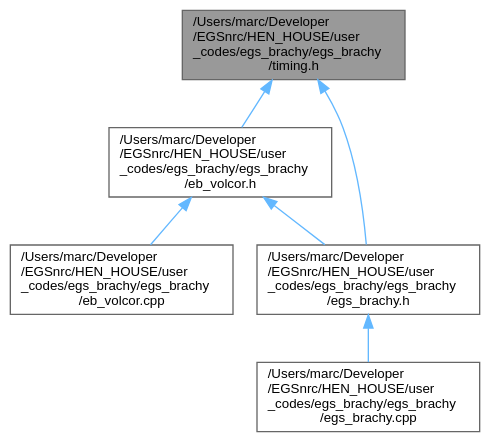
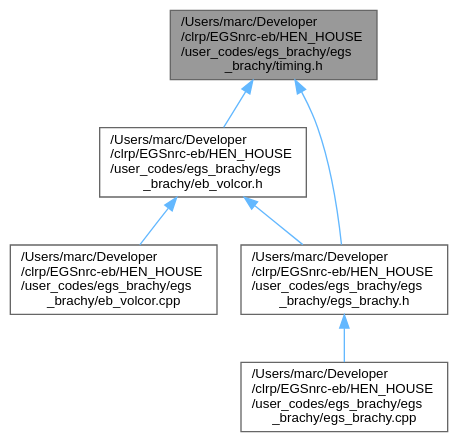
The diagram in docs/timing_8h__dep__incl.dot (clrp-code/egs_brachy), drawn with Graphviz before and after one commit. The commit also changed 1055 other files, not shown here.

```diff
--- a/docs/timing_8h__dep__incl.dot
+++ b/docs/timing_8h__dep__incl.dot
@@ -1,17 +1,17 @@
-digraph "/Users/marc/Developer/EGSnrc/HEN_HOUSE/user_codes/egs_brachy/egs_brachy/timing.h"
+digraph "/Users/marc/Developer/clrp/EGSnrc-eb/HEN_HOUSE/user_codes/egs_brachy/egs_brachy/timing.h"
 {
  // LATEX_PDF_SIZE
   bgcolor="transparent";
   edge [fontname=Helvetica,fontsize=10,labelfontname=Helvetica,labelfontsize=10];
   node [fontname=Helvetica,fontsize=10,shape=box,height=0.2,width=0.4];
-  Node1 [id="Node000001",label="/Users/marc/Developer\l/EGSnrc/HEN_HOUSE/user\l_codes/egs_brachy/egs_brachy\l/timing.h",height=0.2,width=0.4,color="gray40", fillcolor="grey60", style="filled", fontcolor="black",tooltip=" "];
+  Node1 [id="Node000001",label="/Users/marc/Developer\l/clrp/EGSnrc-eb/HEN_HOUSE\l/user_codes/egs_brachy/egs\l_brachy/timing.h",height=0.2,width=0.4,color="gray40", fillcolor="grey60", style="filled", fontcolor="black",tooltip=" "];
   Node1 -> Node2 [id="edge1_Node000001_Node000002",dir="back",color="steelblue1",style="solid",tooltip=" "];
-  Node2 [id="Node000002",label="/Users/marc/Developer\l/EGSnrc/HEN_HOUSE/user\l_codes/egs_brachy/egs_brachy\l/eb_volcor.h",height=0.2,width=0.4,color="grey40", fillcolor="white", style="filled",URL="$eb__volcor_8h.html",tooltip="Volume correction routines for egs_brachy."];
+  Node2 [id="Node000002",label="/Users/marc/Developer\l/clrp/EGSnrc-eb/HEN_HOUSE\l/user_codes/egs_brachy/egs\l_brachy/eb_volcor.h",height=0.2,width=0.4,color="grey40", fillcolor="white", style="filled",URL="$eb__volcor_8h.html",tooltip="Volume correction routines for egs_brachy."];
   Node2 -> Node3 [id="edge2_Node000002_Node000003",dir="back",color="steelblue1",style="solid",tooltip=" "];
-  Node3 [id="Node000003",label="/Users/marc/Developer\l/EGSnrc/HEN_HOUSE/user\l_codes/egs_brachy/egs_brachy\l/eb_volcor.cpp",height=0.2,width=0.4,color="grey40", fillcolor="white", style="filled",URL="$eb__volcor_8cpp.html",tooltip="Main implementation of volume correction routines."];
+  Node3 [id="Node000003",label="/Users/marc/Developer\l/clrp/EGSnrc-eb/HEN_HOUSE\l/user_codes/egs_brachy/egs\l_brachy/eb_volcor.cpp",height=0.2,width=0.4,color="grey40", fillcolor="white", style="filled",URL="$eb__volcor_8cpp.html",tooltip="Main implementation of volume correction routines."];
   Node2 -> Node4 [id="edge3_Node000002_Node000004",dir="back",color="steelblue1",style="solid",tooltip=" "];
-  Node4 [id="Node000004",label="/Users/marc/Developer\l/EGSnrc/HEN_HOUSE/user\l_codes/egs_brachy/egs_brachy\l/egs_brachy.h",height=0.2,width=0.4,color="grey40", fillcolor="white", style="filled",URL="$egs__brachy_8h.html",tooltip="the main egs_brachy application header file"];
+  Node4 [id="Node000004",label="/Users/marc/Developer\l/clrp/EGSnrc-eb/HEN_HOUSE\l/user_codes/egs_brachy/egs\l_brachy/egs_brachy.h",height=0.2,width=0.4,color="grey40", fillcolor="white", style="filled",URL="$egs__brachy_8h.html",tooltip="the main egs_brachy application header file"];
   Node4 -> Node5 [id="edge4_Node000004_Node000005",dir="back",color="steelblue1",style="solid",tooltip=" "];
-  Node5 [id="Node000005",label="/Users/marc/Developer\l/EGSnrc/HEN_HOUSE/user\l_codes/egs_brachy/egs_brachy\l/egs_brachy.cpp",height=0.2,width=0.4,color="grey40", fillcolor="white", style="filled",URL="$egs__brachy_8cpp.html",tooltip="the main egs_brachy application implementation file"];
+  Node5 [id="Node000005",label="/Users/marc/Developer\l/clrp/EGSnrc-eb/HEN_HOUSE\l/user_codes/egs_brachy/egs\l_brachy/egs_brachy.cpp",height=0.2,width=0.4,color="grey40", fillcolor="white", style="filled",URL="$egs__brachy_8cpp.html",tooltip="the main egs_brachy application implementation file"];
   Node1 -> Node4 [id="edge5_Node000001_Node000004",dir="back",color="steelblue1",style="solid",tooltip=" "];
 }
```
